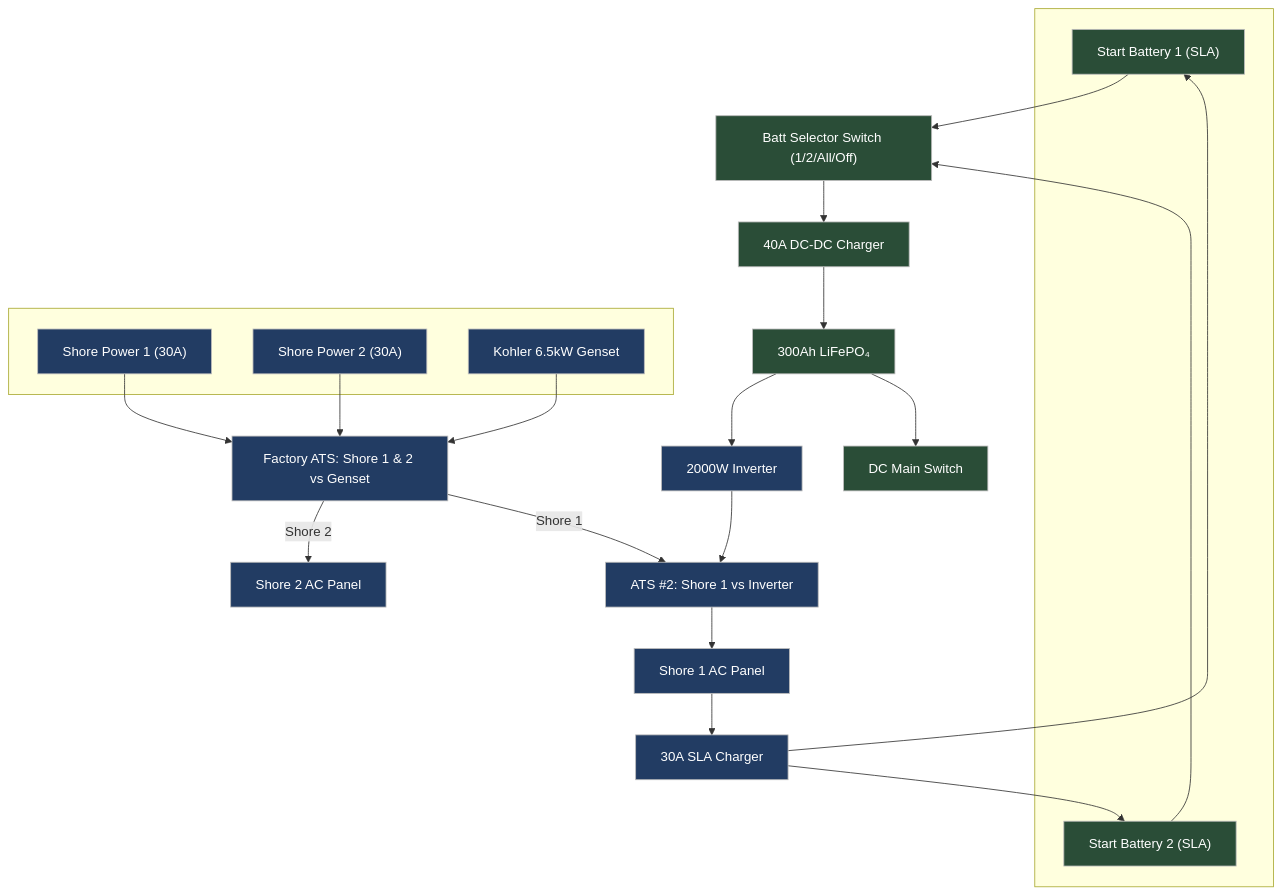
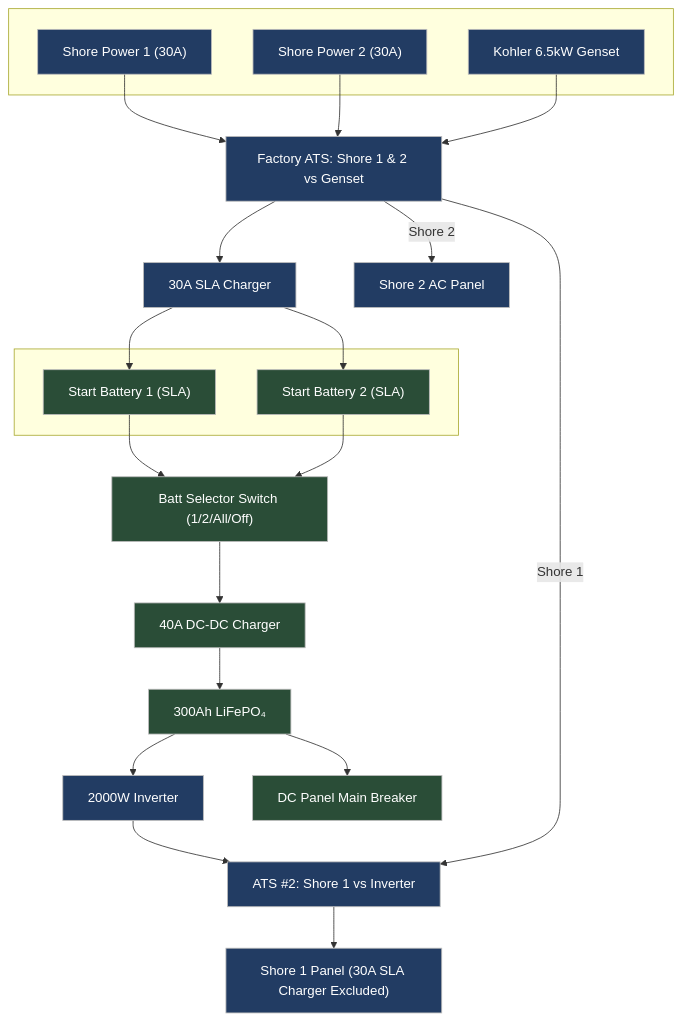
The diagram in ElectricalSchematic2000w.md (fdlane/boat), drawn with Mermaid before and after one commit.

Commit message:
feat: Updated layout

````diff
--- a/ElectricalSchematic2000w.md
+++ b/ElectricalSchematic2000w.md
@@ -3,64 +3,61 @@
 ```mermaid
 flowchart TD
 
   %% === Top Row: Sources ===
   subgraph DC_SOURCES[" "]
     START1["Start Battery 1 (SLA)"]
     START2["Start Battery 2 (SLA)"]
   end
 
   subgraph AC_SOURCES[" "]
     SP1["Shore Power 1 (30A)"]
     SP2["Shore Power 2 (30A)"]
     GEN["Kohler 6.5kW Genset"]
   end
 
   %% === Middle Left: DC Control ===
   BAT_SW["Batt Selector Switch (1/2/All/Off)"]
   DC_DC["40A DC-DC Charger"]
   LFP["300Ah LiFePO₄"]
-  DC_MAIN["DC Main Switch"]
+  DC_MAIN["DC Panel Main Breaker"]
 
   %% === Middle Right: AC Control ===
   ATS1["Factory ATS: Shore 1 & 2 vs Genset"]
   ATS2["ATS #2: Shore 1 vs Inverter"]
 
   %% === Center: Inverter Bridge ===
   INV["2000W Inverter"]
 
   %% === Bottom: Load Panels ===
-  PANEL1["Shore 1 AC Panel"]
+  PANEL1["Shore 1 Panel (30A SLA Charger Excluded)"]
   PANEL2["Shore 2 AC Panel"]
   SLA_CHG["30A SLA Charger"]
 
   %% === DC Flow ===
   START1 --> BAT_SW
   START2 --> BAT_SW
   BAT_SW --> DC_DC --> LFP
   LFP --> INV
   LFP --> DC_MAIN
 
-  %% SLA Charger: FROM Shore 1 Panel TO Start Batteries
-  PANEL1 --> SLA_CHG
+  %% SLA Charger: FROM ATS1 (Shore/Genset Only) TO Start Batteries
+  ATS1 --> SLA_CHG
   SLA_CHG --> START1
   SLA_CHG --> START2
 
   %% === AC Flow ===
   SP1 --> ATS1
   SP2 --> ATS1
   GEN --> ATS1
   ATS1 -->|Shore 2| PANEL2
   ATS1 -->|Shore 1| ATS2
   INV --> ATS2
   ATS2 --> PANEL1
 
   %% Positioning & Styling
   classDef dc fill:#2a4d37,color:#ffffff,stroke:#bbbbbb;
   classDef ac fill:#223c63,color:#ffffff,stroke:#bbbbbb;
   class START1,START2,BAT_SW,DC_DC,LFP,DC_MAIN dc;
   class SP1,SP2,GEN,ATS1,ATS2,PANEL1,PANEL2,SLA_CHG,INV ac;
 
-
-
-
 ```
````
